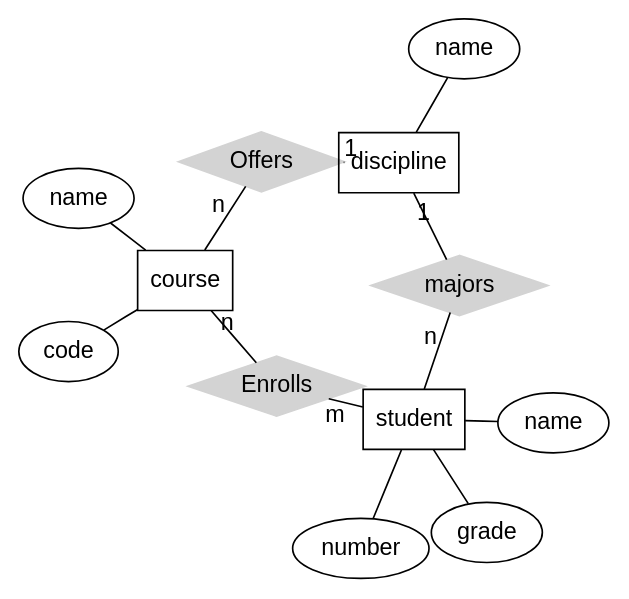
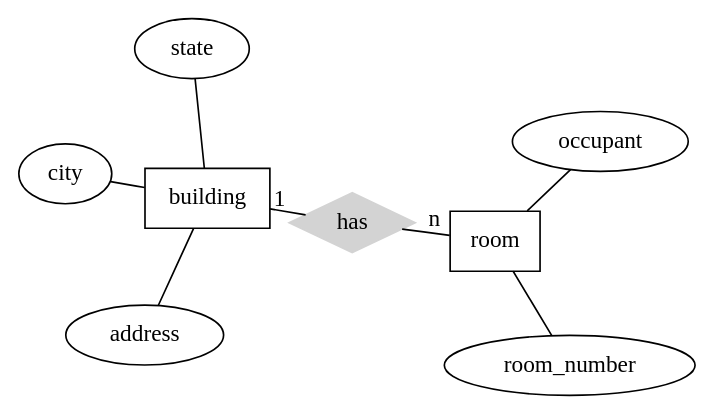
Before and after one commit to cmsc-vcu/cmsc508-fa2023-hw2-camslam13: the diagram in hw2/README.qmd, drawn with Graphviz. The commit also changed 1 other file, not shown here.

Commit message:
my first commit to this repo

````diff
--- a/hw2/README.qmd
+++ b/hw2/README.qmd
@@ -21,28 +21,19 @@
 ```{dot}
 //| echo: false
 graph ER {
-	fontname="Helvetica,Arial,sans-serif"
-	node [fontname="Helvetica,Arial,sans-serif"]
-	edge [fontname="Helvetica,Arial,sans-serif"]
-	layout=neato
-	node [shape=box]; course; discipline; student;
-	node [shape=ellipse]; {node [label="name"] name0; name1; name2;}
-		code; grade; number;
-	node [shape=diamond,style=filled,color=lightgrey]; "Offers"; "Enrolls"; "majors";
-
-	name0 -- course;
-	code -- course;
-	course -- "Offers" [label="n",len=1.00];
-	"Offers" -- discipline [label="1",len=1.00];
-	discipline -- name1;
-	discipline -- "majors" [label="1",len=1.00];
-	"majors" -- student [label="n",len=1.00];
-	student -- grade;
-	student -- name2;
-	student -- number;
-	student -- "Enrolls" [label="m",len=1.00];
-	"Enrolls" -- course [label="n",len=1.00];
-
-	fontsize=20;
+    layout=neato;
+  scale=1.1;
+    node [shape=box]; building; room;
+    node [shape=ellipse]; address, city, state, occupant, room_number
+    node [shape=diamond,style=filled,color=lightgrey]; has
+    
+    building -- has [label="1",len=1.00]
+    has -- room [label="n",len=1.00]
+    
+    building -- address
+    building -- city
+    building -- state
+  room -- room_number
+    room -- occupant
 }
 ```
````
